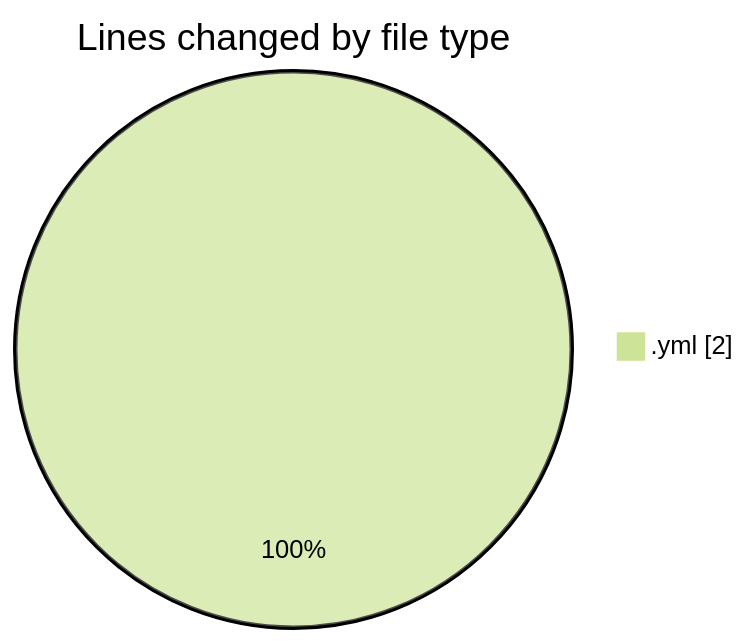
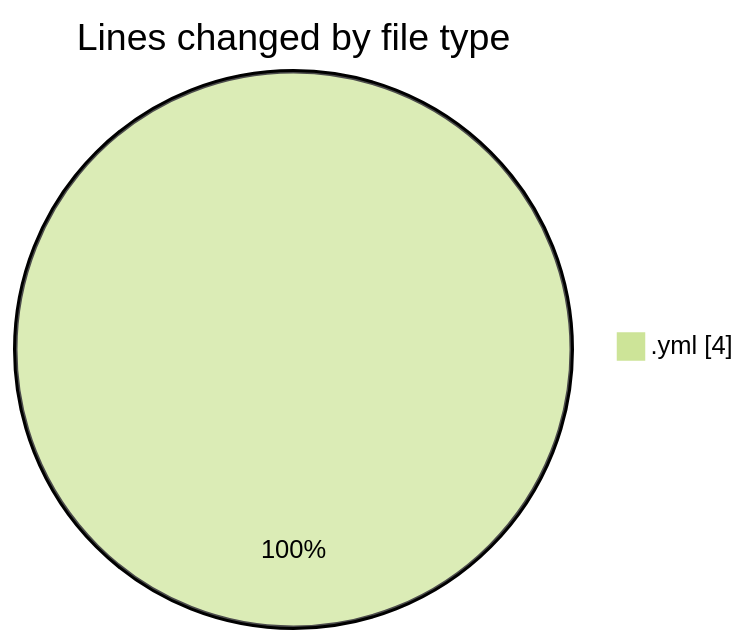
The first of 2 diagrams in 2025-02-10/maps_clone/README.md (donsfak/code-tracking), drawn with Mermaid (forest theme) before and after one commit. The commit also changed other lines of this file and 1 other file, not shown here.

````diff
--- a/2025-02-10/maps_clone/README.md
+++ b/2025-02-10/maps_clone/README.md
@@ -20,5 +20,5 @@
 ```mermaid
 pie showData
 title Lines changed by file type
-".yml" : 2
+".yml" : 4
 ```
````
